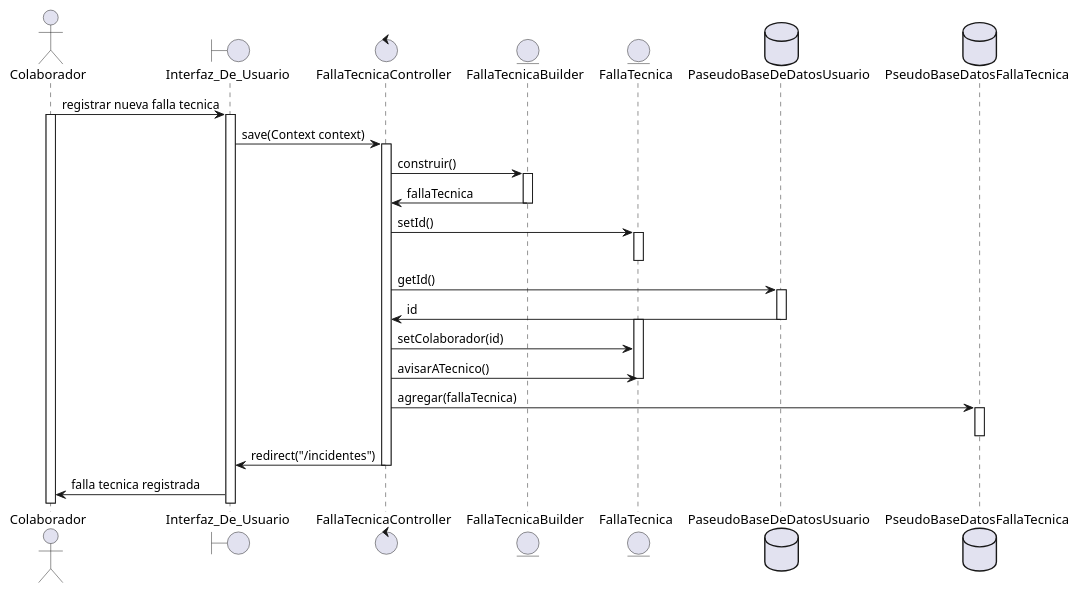
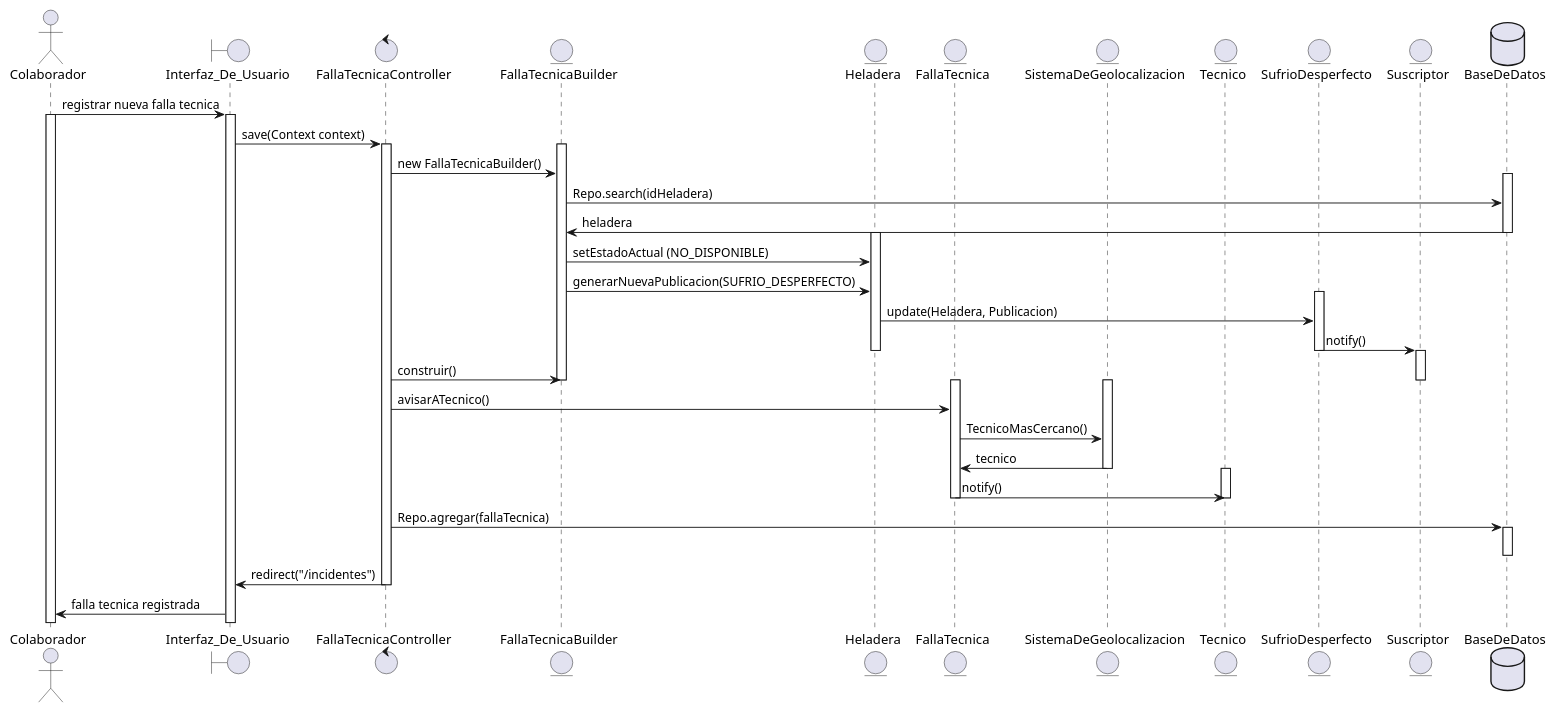
The diagram in UMLs/FallasTecnicas/GenerarFallaTecnica.puml (JBDelupi/TPs---DDS), drawn with PlantUML before and after one commit. The commit also changed 1 other file, not shown here.

Commit message:
Diagramas

```diff
--- a/UMLs/FallasTecnicas/GenerarFallaTecnica.puml
+++ b/UMLs/FallasTecnicas/GenerarFallaTecnica.puml
@@ -1,38 +1,56 @@
 @startuml Reporte Visita Tecnica
 
 actor Colaborador
 boundary Interfaz_De_Usuario
 control FallaTecnicaController
 entity FallaTecnicaBuilder
+entity Heladera
 entity FallaTecnica
-database PaseudoBaseDeDatosUsuario
-database PseudoBaseDatosFallaTecnica
+entity SistemaDeGeolocalizacion
+entity Tecnico
+entity SufrioDesperfecto
+entity Suscriptor
+database BaseDeDatos
 
 Colaborador -> Interfaz_De_Usuario: registrar nueva falla tecnica
 activate Colaborador
 activate Interfaz_De_Usuario
 Interfaz_De_Usuario -> FallaTecnicaController: save(Context context)
 activate FallaTecnicaController
+activate FallaTecnicaBuilder
+FallaTecnicaController -> FallaTecnicaBuilder: new FallaTecnicaBuilder()
+activate BaseDeDatos
+FallaTecnicaBuilder -> BaseDeDatos: Repo.search(idHeladera)
+BaseDeDatos -> FallaTecnicaBuilder: heladera
+deactivate BaseDeDatos
+activate Heladera
+FallaTecnicaBuilder -> Heladera : setEstadoActual (NO_DISPONIBLE)
+FallaTecnicaBuilder -> Heladera : generarNuevaPublicacion(SUFRIO_DESPERFECTO)
+activate SufrioDesperfecto
+Heladera -> SufrioDesperfecto : update(Heladera, Publicacion)
+SufrioDesperfecto -> Suscriptor : notify()
+deactivate SufrioDesperfecto
+activate Suscriptor
+deactivate Heladera
 FallaTecnicaController -> FallaTecnicaBuilder: construir()
-activate FallaTecnicaBuilder
-FallaTecnicaBuilder -> FallaTecnicaController: fallaTecnica
+deactivate Suscriptor
 deactivate FallaTecnicaBuilder
-FallaTecnicaController -> FallaTecnica: setId()
 activate FallaTecnica
 deactivate FallaTecnica
-FallaTecnicaController -> PaseudoBaseDeDatosUsuario: getId()
-activate PaseudoBaseDeDatosUsuario
-PaseudoBaseDeDatosUsuario -> FallaTecnicaController: id
-deactivate PaseudoBaseDeDatosUsuario
-activate FallaTecnica
-FallaTecnicaController -> FallaTecnica: setColaborador(id)
+activate SistemaDeGeolocalizacion
 FallaTecnicaController -> FallaTecnica: avisarATecnico()
+FallaTecnica -> SistemaDeGeolocalizacion: TecnicoMasCercano()
+SistemaDeGeolocalizacion -> FallaTecnica : tecnico
+deactivate SistemaDeGeolocalizacion
+activate Tecnico
+FallaTecnica -> Tecnico : notify()
+deactivate Tecnico
 deactivate FallaTecnica
-FallaTecnicaController -> PseudoBaseDatosFallaTecnica: agregar(fallaTecnica)
-activate PseudoBaseDatosFallaTecnica
-deactivate PseudoBaseDatosFallaTecnica
+FallaTecnicaController -> BaseDeDatos: Repo.agregar(fallaTecnica)
+activate BaseDeDatos
+deactivate BaseDeDatos
 FallaTecnicaController -> Interfaz_De_Usuario: redirect("/incidentes")
 deactivate FallaTecnicaController
 Interfaz_De_Usuario -> Colaborador: falla tecnica registrada
 
 @enduml
```
